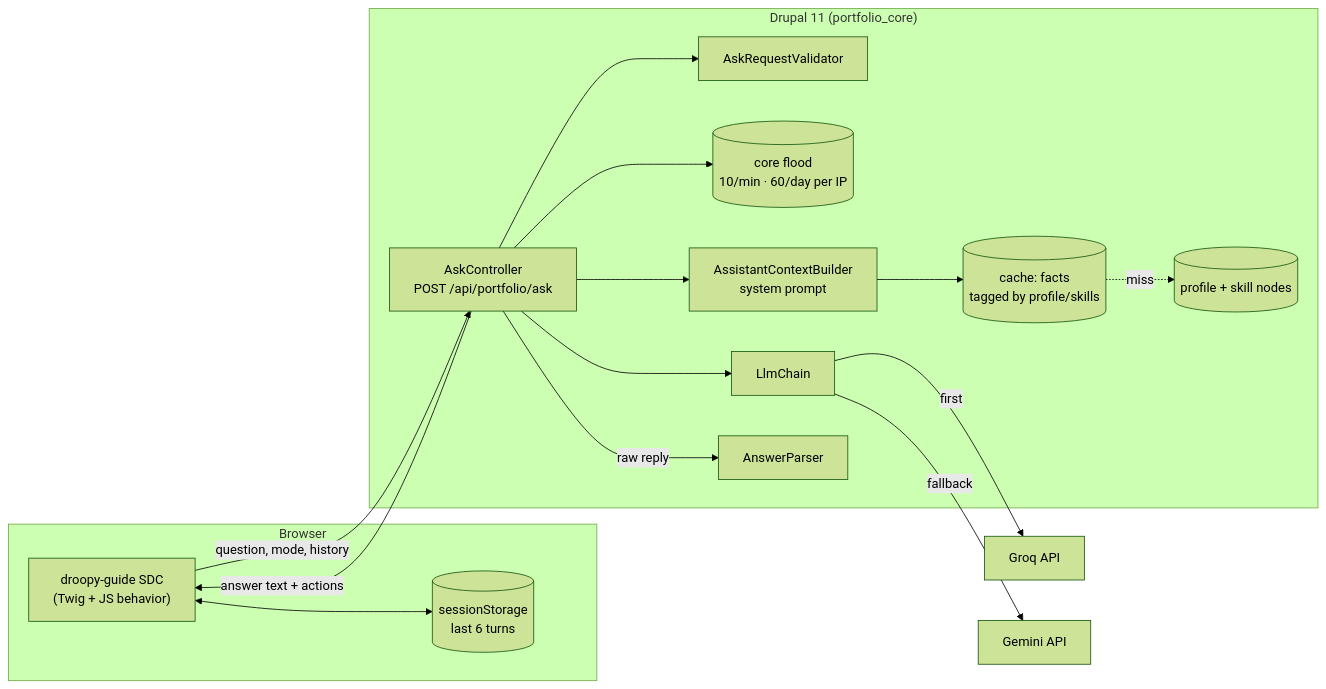
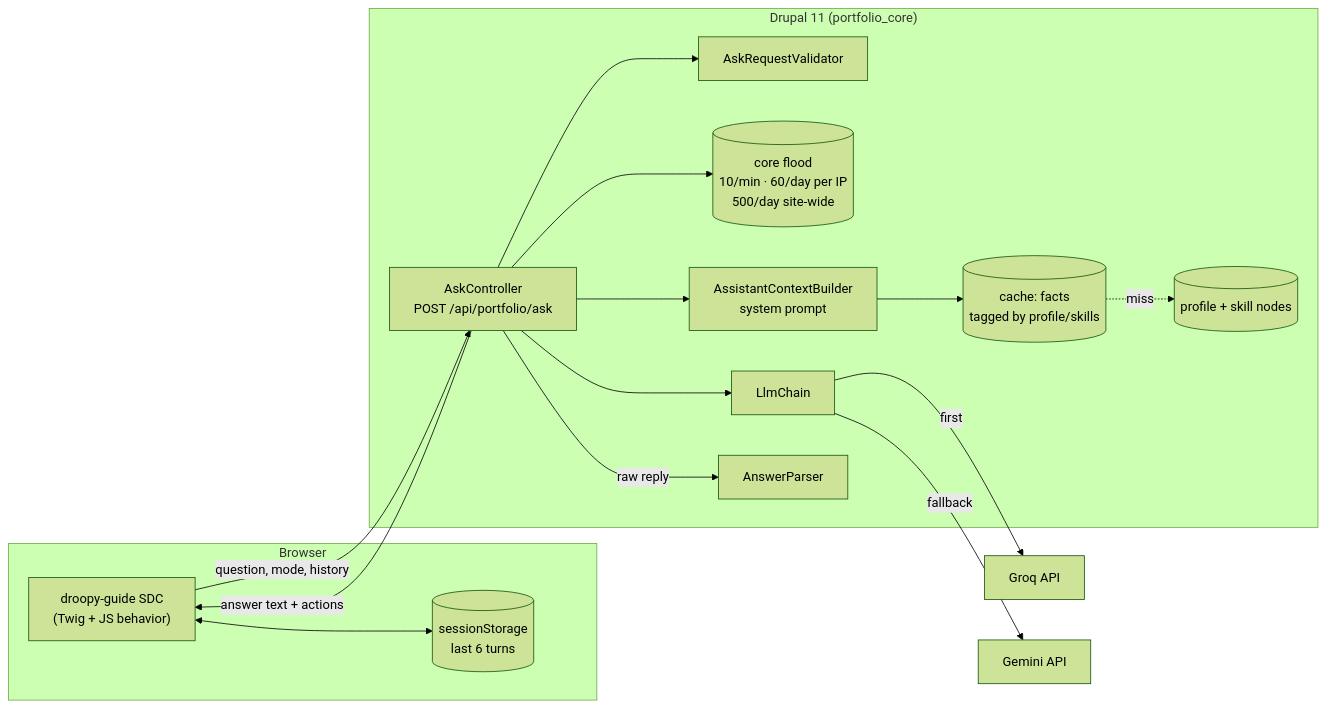
Before and after one commit to Ricardo0597/portfolio: the diagram in docs/studies/droopy-ai-guide.md, drawn with Mermaid (forest theme). The commit also changed other lines of this file and 6 other files, not shown here.

````diff
--- a/docs/studies/droopy-ai-guide.md
+++ b/docs/studies/droopy-ai-guide.md
@@ -44,32 +44,32 @@
 ```mermaid
 flowchart LR
   subgraph Browser
     W["droopy-guide SDC<br/>(Twig + JS behavior)"]
     S[("sessionStorage<br/>last 6 turns")]
   end
   subgraph Drupal["Drupal 11 (portfolio_core)"]
     C["AskController<br/>POST /api/portfolio/ask"]
     V[AskRequestValidator]
-    F[("core flood<br/>10/min · 60/day per IP")]
+    F[("core flood<br/>10/min · 60/day per IP<br/>500/day site-wide")]
     B["AssistantContextBuilder<br/>system prompt"]
     P[("profile + skill nodes")]
     K[("cache: facts<br/>tagged by profile/skills")]
     L[LlmChain]
     A[AnswerParser]
   end
   G["Groq API"]
   M["Gemini API"]
 
   W -- "question, mode, history" --> C
   W <--> S
   C --> V
   C --> F
   C --> B
   B --> K
   K -. miss .-> P
   C --> L
   L -- first --> G
   L -- fallback --> M
   C -- raw reply --> A
   C -- "answer text + actions" --> W
 ```
````
